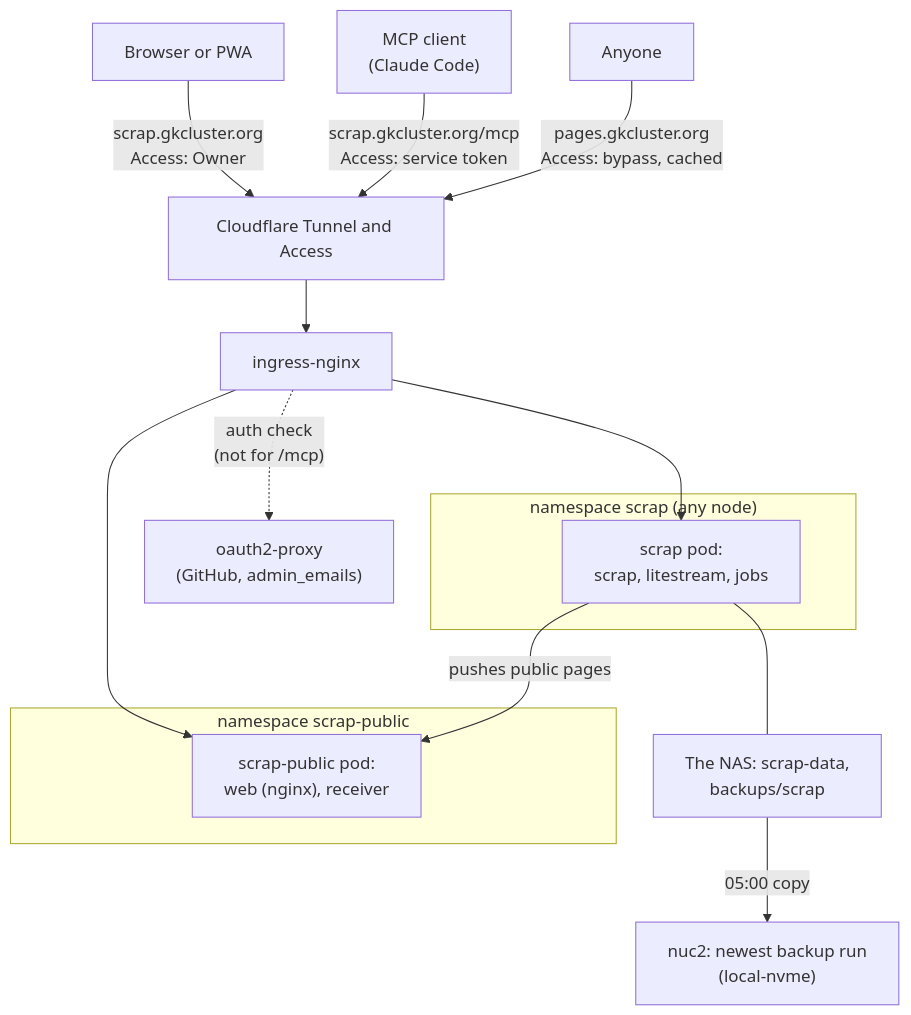
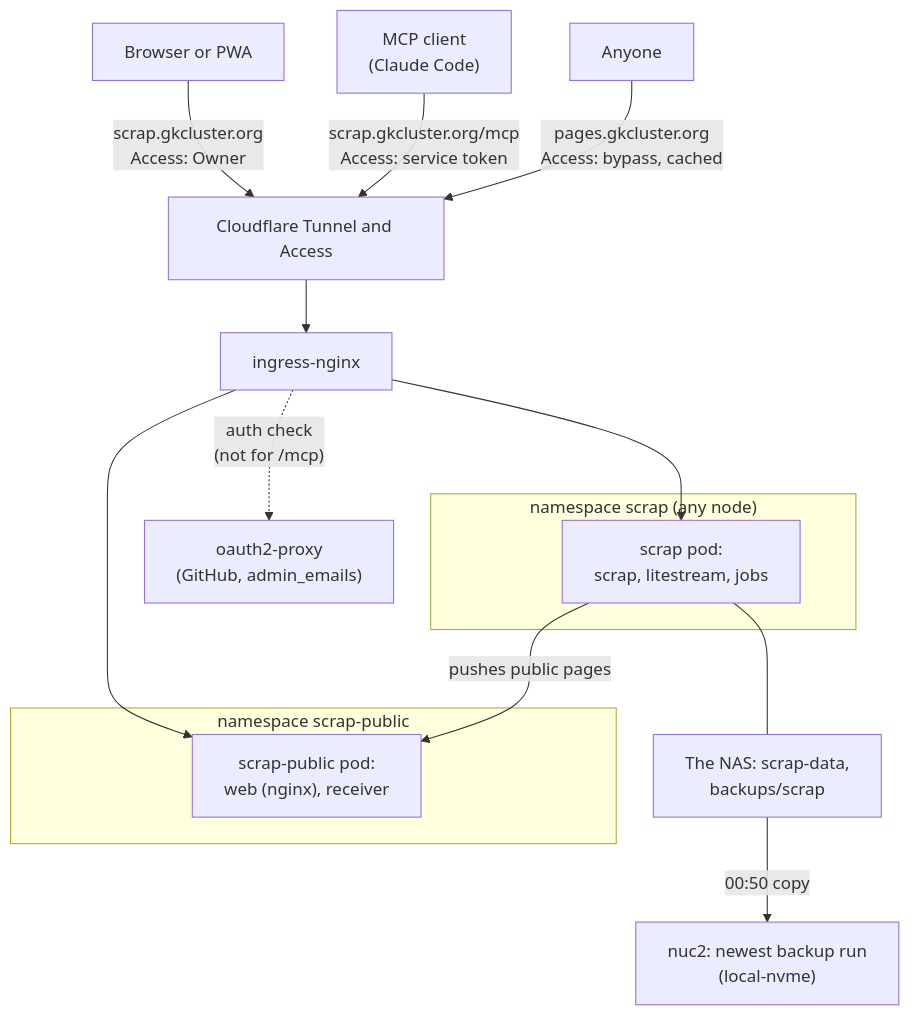
The diagram in docs/how-to/scrap.md (gilesknap/tpi-k3s-ansible), drawn with Mermaid before and after one commit. The commit also changed other lines of this file and 10 other files, not shown here.

````diff
--- a/docs/how-to/scrap.md
+++ b/docs/how-to/scrap.md
@@ -12,28 +12,28 @@
 ```mermaid
 flowchart TB
     browser["Browser or PWA"]
     mcp["MCP client<br/>(Claude Code)"]
     reader["Anyone"]
     cf["Cloudflare Tunnel and Access"]
     nginx["ingress-nginx"]
     o2p["oauth2-proxy<br/>(GitHub, admin_emails)"]
     subgraph ns1["namespace scrap (any node)"]
         scrap["scrap pod:<br/>scrap, litestream, jobs"]
     end
     subgraph ns2["namespace scrap-public"]
         pub["scrap-public pod:<br/>web (nginx), receiver"]
     end
     nas["The NAS: scrap-data,<br/>backups/scrap"]
     nuc2["nuc2: newest backup run<br/>(local-nvme)"]
 
     browser -->|"scrap.gkcluster.org<br/>Access: Owner"| cf
     mcp -->|"scrap.gkcluster.org/mcp<br/>Access: service token"| cf
     reader -->|"pages.gkcluster.org<br/>Access: bypass, cached"| cf
     cf --> nginx
     nginx -.->|"auth check<br/>(not for /mcp)"| o2p
     nginx --> scrap
     nginx --> pub
     scrap -->|"pushes public pages"| pub
     scrap --- nas
-    nas -->|"05:00 copy"| nuc2
+    nas -->|"00:50 copy"| nuc2
 ```
````
